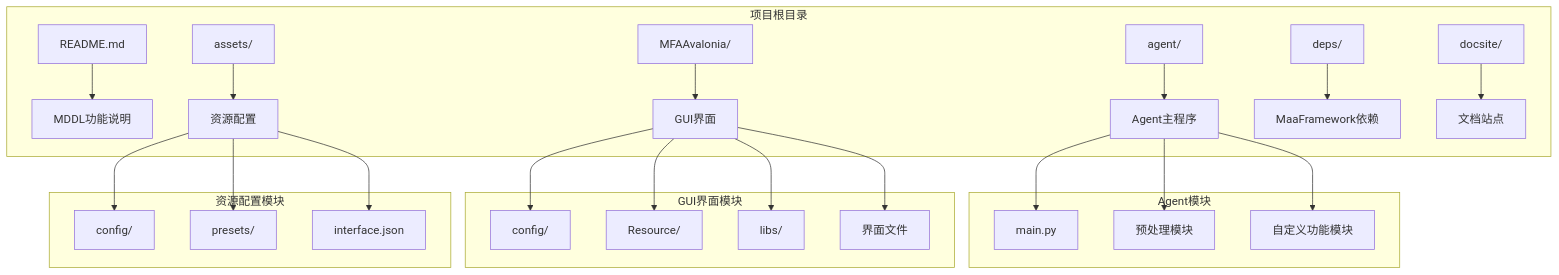
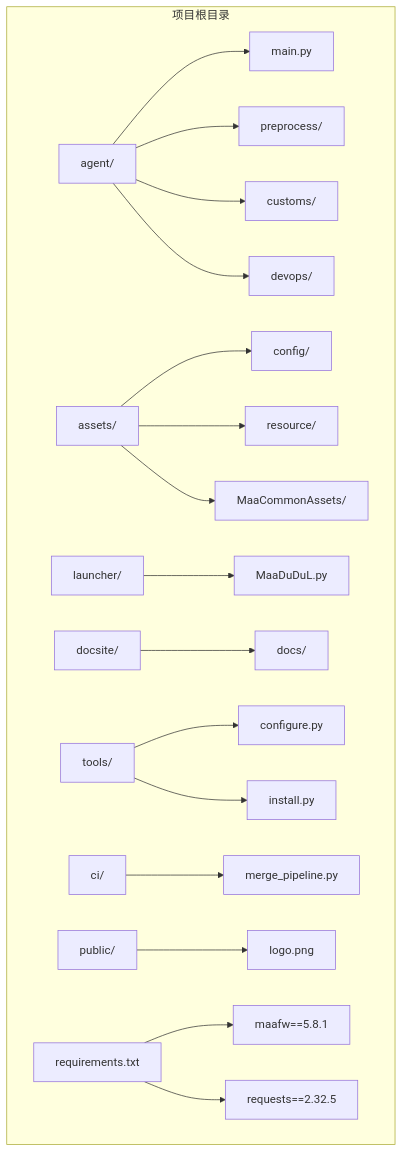
Before and after one commit to kqcoxn/MaaDuDuL: the first of 8 diagrams in .qoder/repowiki/zh/content/Operation Guide Content.md, drawn with Mermaid. The commit also changed other lines of this file and 18 other files, not shown here.

````diff
--- a/.qoder/repowiki/zh/content/Operation Guide Content.md
+++ b/.qoder/repowiki/zh/content/Operation Guide Content.md
@@ -52,27 +41,21 @@
 ```mermaid
 graph TB
 subgraph "项目根目录"
-A[README.md] --> B[MDDL功能说明]
-C[agent/] --> D[Agent主程序]
-E[MFAAvalonia/] --> F[GUI界面]
-G[assets/] --> H[资源配置]
-I[deps/] --> J[MaaFramework依赖]
-K[docsite/] --> L[文档站点]
-end
-subgraph "Agent模块"
-D --> M[main.py]
-D --> N[预处理模块]
-D --> O[自定义功能模块]
-end
-subgraph "GUI界面模块"
-F --> P[config/]
-F --> Q[Resource/]
-F --> R[libs/]
-F --> S[界面文件]
-end
-subgraph "资源配置模块"
-H --> T[config/]
-H --> U[presets/]
-H --> V[interface.json]
+A[agent/] --> A1[main.py]
+A --> A2[preprocess/]
+A --> A3[customs/]
+A --> A4[devops/]
+B[assets/] --> B1[config/]
+B --> B2[resource/]
+B --> B3[MaaCommonAssets/]
+C[launcher/] --> C1[MaaDuDuL.py]
+D[docsite/] --> D1[docs/]
+E[tools/] --> E1[configure.py]
+E --> E2[install.py]
+F[ci/] --> F1[merge_pipeline.py]
+G[public/] --> G1[logo.png]
+H[requirements.txt]
+H --> H1[maafw==5.8.1]
+H --> H2[requests==2.32.5]
 end
 ```
````
